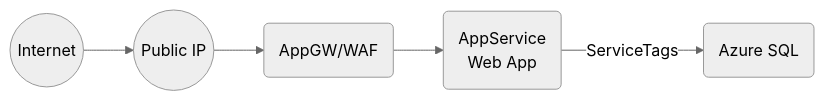
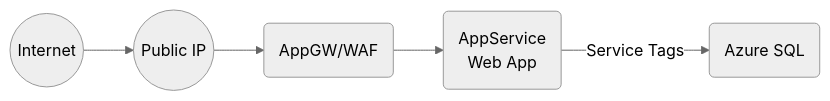
Before and after one commit to msalemor/app-services-networking: the third of 6 diagrams in README.md, drawn with Mermaid (neutral theme). The commit also changed other lines of this file, not shown here.

````diff
--- a/README.md
+++ b/README.md
@@ -48,7 +48,7 @@
 ```mermaid
 graph LR;
     A((Internet))-->B((Public IP));
     B-->C(AppGW/WAF);
     C-->D(AppService<br/>Web App);
-    D-- ServiceTags -->E(Azure SQL);
+    D-- Service Tags -->E(Azure SQL);
 ```
````
